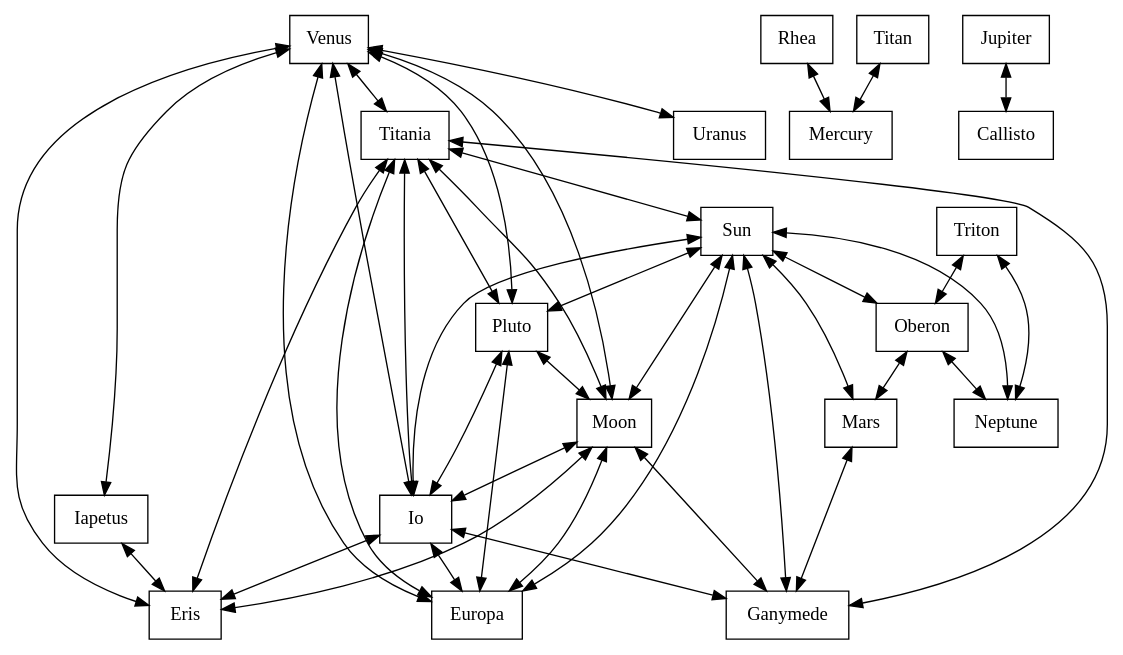
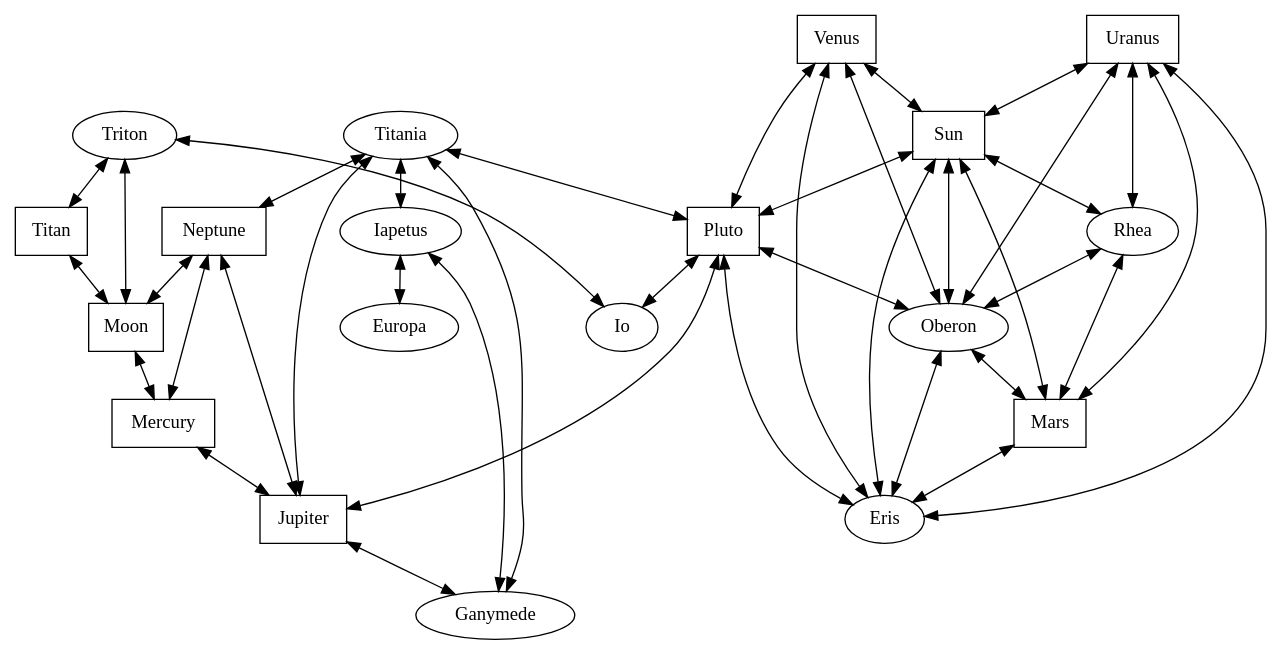
The diagram in map.dot (lmelkamu/JeopardyIsland_Final), drawn with Graphviz before and after one commit. The commit also changed 3 other files, not shown here.

```diff
--- a/map.dot
+++ b/map.dot
@@ -1,67 +1,55 @@
 digraph G {
-  Eris [fillcolor="#0003E8", label="Eris", shape=box, ];
   Neptune [fillcolor="#0003E8", label="Neptune", shape=box, ];
   Mercury [fillcolor="#0003E8", label="Mercury", shape=box, ];
   Uranus [fillcolor="#0003E8", label="Uranus", shape=box, ];
-  Ganymede [fillcolor="#0003E8", label="Ganymede", shape=box, ];
-  Rhea [fillcolor="#0003E8", label="Rhea", shape=box, ];
   Titan [fillcolor="#0003E8", label="Titan", shape=box, ];
   Moon [fillcolor="#0003E8", label="Moon", shape=box, ];
   Sun [fillcolor="#0003E8", label="Sun", shape=box, ];
-  Oberon [fillcolor="#0003E8", label="Oberon", shape=box, ];
   Venus [fillcolor="#0003E8", label="Venus", shape=box, ];
-  Iapetus [fillcolor="#0003E8", label="Iapetus", shape=box, ];
-  Titania [fillcolor="#0003E8", label="Titania", shape=box, ];
   Jupiter [fillcolor="#0003E8", label="Jupiter", shape=box, ];
-  Europa [fillcolor="#0003E8", label="Europa", shape=box, ];
-  Callisto [fillcolor="#0003E8", label="Callisto", shape=box, ];
   Pluto [fillcolor="#0003E8", label="Pluto", shape=box, ];
   Mars [fillcolor="#0003E8", label="Mars", shape=box, ];
-  Io [fillcolor="#0003E8", label="Io", shape=box, ];
-  Triton [fillcolor="#0003E8", label="Triton", shape=box, ];
   
   
-  Rhea -> Mercury [dir=both, ];
-  Titan -> Mercury [dir=both, ];
-  Moon -> Eris [dir=both, ];
-  Moon -> Europa [dir=both, ];
-  Moon -> Ganymede [dir=both, ];
-  Moon -> Io [dir=both, ];
-  Sun -> Europa [dir=both, ];
-  Sun -> Ganymede [dir=both, ];
-  Sun -> Io [dir=both, ];
+  Neptune -> Jupiter [dir=both, ];
+  Neptune -> Mercury [dir=both, ];
+  Neptune -> Moon [dir=both, ];
+  Mercury -> Jupiter [dir=both, ];
+  Uranus -> Eris [dir=both, ];
+  Uranus -> Mars [dir=both, ];
+  Uranus -> Oberon [dir=both, ];
+  Uranus -> Rhea [dir=both, ];
+  Uranus -> Sun [dir=both, ];
+  Rhea -> Mars [dir=both, ];
+  Rhea -> Oberon [dir=both, ];
+  Titan -> Moon [dir=both, ];
+  Moon -> Mercury [dir=both, ];
+  Sun -> Eris [dir=both, ];
   Sun -> Mars [dir=both, ];
-  Sun -> Moon [dir=both, ];
-  Sun -> Neptune [dir=both, ];
   Sun -> Oberon [dir=both, ];
   Sun -> Pluto [dir=both, ];
+  Sun -> Rhea [dir=both, ];
+  Oberon -> Eris [dir=both, ];
   Oberon -> Mars [dir=both, ];
-  Oberon -> Neptune [dir=both, ];
   Venus -> Eris [dir=both, ];
-  Venus -> Europa [dir=both, ];
-  Venus -> Iapetus [dir=both, ];
-  Venus -> Io [dir=both, ];
-  Venus -> Moon [dir=both, ];
+  Venus -> Oberon [dir=both, ];
   Venus -> Pluto [dir=both, ];
-  Venus -> Titania [dir=both, ];
-  Venus -> Uranus [dir=both, ];
-  Iapetus -> Eris [dir=both, ];
-  Titania -> Eris [dir=both, ];
-  Titania -> Europa [dir=both, ];
+  Venus -> Sun [dir=both, ];
+  Iapetus -> Europa [dir=both, ];
+  Iapetus -> Ganymede [dir=both, ];
   Titania -> Ganymede [dir=both, ];
-  Titania -> Io [dir=both, ];
-  Titania -> Moon [dir=both, ];
+  Titania -> Iapetus [dir=both, ];
+  Titania -> Jupiter [dir=both, ];
+  Titania -> Neptune [dir=both, ];
   Titania -> Pluto [dir=both, ];
-  Titania -> Sun [dir=both, ];
-  Jupiter -> Callisto [dir=both, ];
-  Pluto -> Europa [dir=both, ];
+  Jupiter -> Ganymede [dir=both, ];
+  Pluto -> Eris [dir=both, ];
   Pluto -> Io [dir=both, ];
-  Pluto -> Moon [dir=both, ];
-  Mars -> Ganymede [dir=both, ];
-  Io -> Eris [dir=both, ];
-  Io -> Europa [dir=both, ];
-  Io -> Ganymede [dir=both, ];
-  Triton -> Neptune [dir=both, ];
-  Triton -> Oberon [dir=both, ];
+  Pluto -> Jupiter [dir=both, ];
+  Pluto -> Oberon [dir=both, ];
+  Mars -> Eris [dir=both, ];
+  Triton -> Io [dir=both, ];
+  Triton -> Moon [dir=both, ];
+  Triton -> Titan [dir=both, ];
   
   }
```
